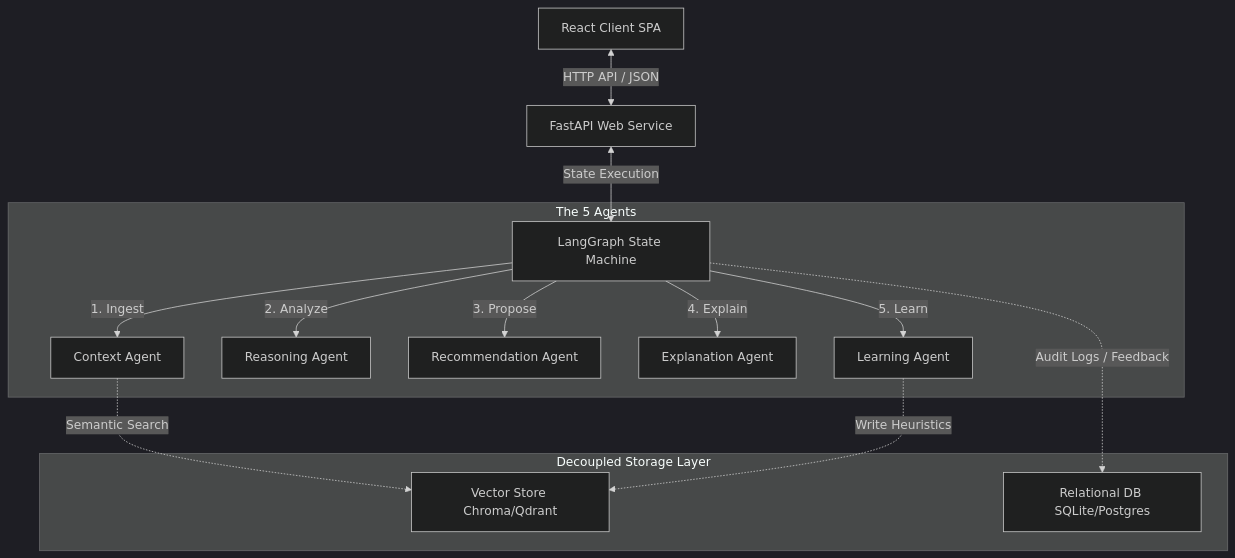
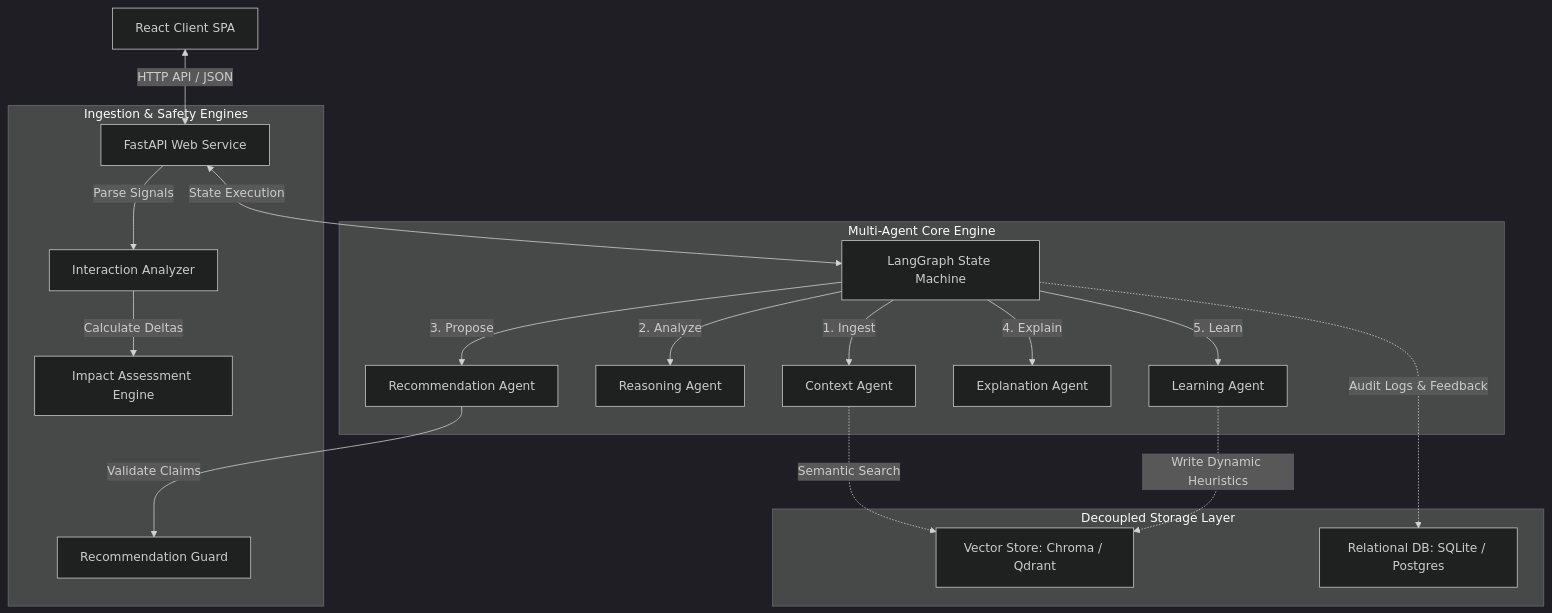
The first of 2 diagrams in docs/architecture.md (Akash-paluvai/XLVentures), drawn with Mermaid (dark theme) before and after one commit. The commit also changed other lines of this file and 5 other files, not shown here.

Commit message:
docs: complete detailed document directory with architecture, planner, memory, agents, and deployment guides

````diff
--- a/docs/architecture.md
+++ b/docs/architecture.md
@@ -13,19 +19,25 @@
 ```mermaid
 graph TD
     Client[React Client SPA] <-->|HTTP API / JSON| API[FastAPI Web Service]
     API <-->|State Execution| Graph[LangGraph State Machine]
 
-    subgraph Agents [The 5 Agents]
-        Graph -->|1. Ingest| Agent1[Context Agent]
-        Graph -->|2. Analyze| Agent2[Reasoning Agent]
-        Graph -->|3. Propose| Agent3[Recommendation Agent]
-        Graph -->|4. Explain| Agent4[Explanation Agent]
-        Graph -->|5. Learn| Agent5[Learning Agent]
+    subgraph Agents [Multi-Agent Core Engine]
+        Graph -->|1. Ingest| ContextAgent[Context Agent]
+        Graph -->|2. Analyze| ReasoningAgent[Reasoning Agent]
+        Graph -->|3. Propose| RecAgent[Recommendation Agent]
+        Graph -->|4. Explain| ExplainAgent[Explanation Agent]
+        Graph -->|5. Learn| LearnAgent[Learning Agent]
+    end
+
+    subgraph Specialized [Ingestion & Safety Engines]
+        API -->|Parse Signals| Analyzer[Interaction Analyzer]
+        Analyzer -->|Calculate Deltas| ImpactEngine[Impact Assessment Engine]
+        RecAgent -->|Validate Claims| Guard[Recommendation Guard]
     end
 
     subgraph Storage [Decoupled Storage Layer]
-        Agent1 -.->|Semantic Search| Vec[Vector Store Chroma/Qdrant]
-        Agent5 -.->|Write Heuristics| Vec
-        Graph -.->|Audit Logs / Feedback| DB[Relational DB SQLite/Postgres]
+        ContextAgent -.->|Semantic Search| Vec[Vector Store: Chroma / Qdrant]
+        LearnAgent -.->|Write Dynamic Heuristics| Vec
+        Graph -.->|Audit Logs & Feedback| DB[Relational DB: SQLite / Postgres]
     end
 ```
````
